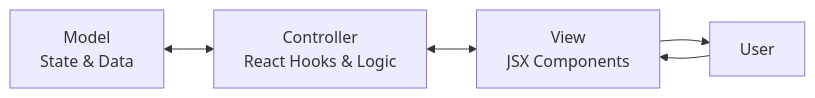
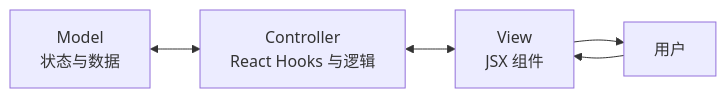
One commit to LYL-TUST/cv-tailor changed the first of 4 diagrams in METHODOLOGIES_AND_FRAMEWORKS.md. Above: the diagram before and after it, drawn with Mermaid. The commit also changed other lines of this file and 2901 other files, not shown here.

````diff
--- a/METHODOLOGIES_AND_FRAMEWORKS.md
+++ b/METHODOLOGIES_AND_FRAMEWORKS.md
@@ -86,7 +91,7 @@
 ```mermaid
 flowchart LR
-    A[Model<br/>State & Data] <--> B[Controller<br/>React Hooks & Logic]
-    B <--> C[View<br/>JSX Components]
-    C --> D[User]
+    A[Model<br/>状态与数据] <--> B[Controller<br/>React Hooks 与逻辑]
+    B <--> C[View<br/>JSX 组件]
+    C --> D[用户]
     D --> C
 ```
````
